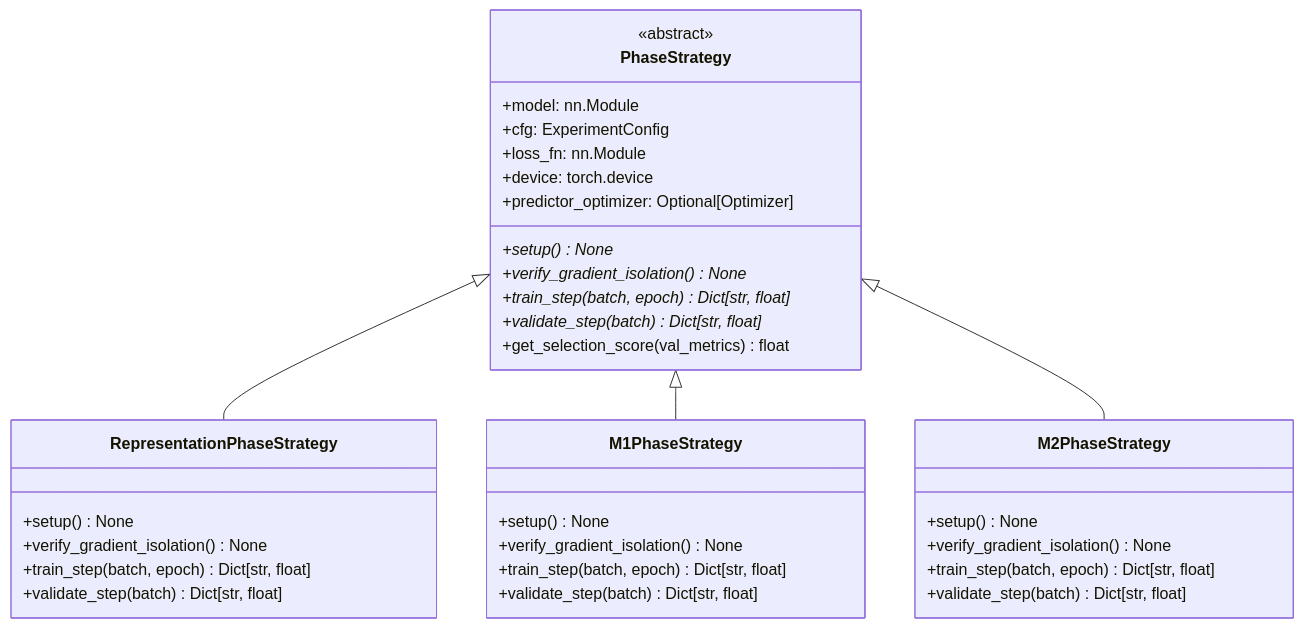
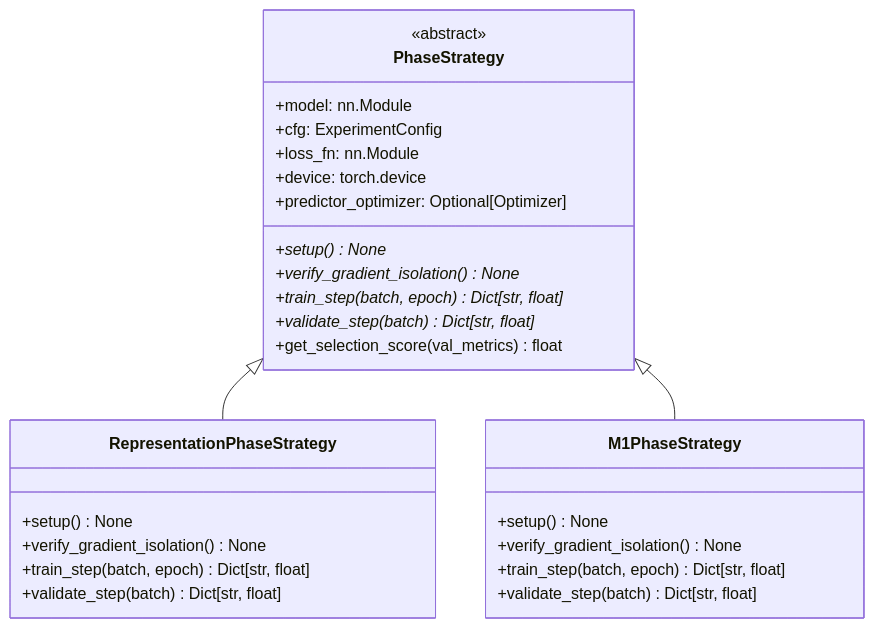
The diagram in docs/TRAINING_AND_LOSSES.md (Mattia-Maiorano/Spiking-Neural_Novelty), drawn with Mermaid before and after one commit. The commit also changed other lines of this file and 5 other files, not shown here.

````diff
--- a/docs/TRAINING_AND_LOSSES.md
+++ b/docs/TRAINING_AND_LOSSES.md
@@ -11,41 +11,33 @@
 ```mermaid
 classDiagram
     class PhaseStrategy {
         <<abstract>>
         +model: nn.Module
         +cfg: ExperimentConfig
         +loss_fn: nn.Module
         +device: torch.device
         +predictor_optimizer: Optional[Optimizer]
         +setup()* None
         +verify_gradient_isolation()* None
         +train_step(batch, epoch)* Dict[str, float]
         +validate_step(batch)* Dict[str, float]
         +get_selection_score(val_metrics) float
     }
 
     class RepresentationPhaseStrategy {
         +setup() None
         +verify_gradient_isolation() None
         +train_step(batch, epoch) Dict[str, float]
         +validate_step(batch) Dict[str, float]
     }
 
     class M1PhaseStrategy {
         +setup() None
         +verify_gradient_isolation() None
         +train_step(batch, epoch) Dict[str, float]
         +validate_step(batch) Dict[str, float]
     }
 
-    class M2PhaseStrategy {
-        +setup() None
-        +verify_gradient_isolation() None
-        +train_step(batch, epoch) Dict[str, float]
-        +validate_step(batch) Dict[str, float]
-    }
-
     PhaseStrategy <|-- RepresentationPhaseStrategy
     PhaseStrategy <|-- M1PhaseStrategy
-    PhaseStrategy <|-- M2PhaseStrategy
 ```
````
